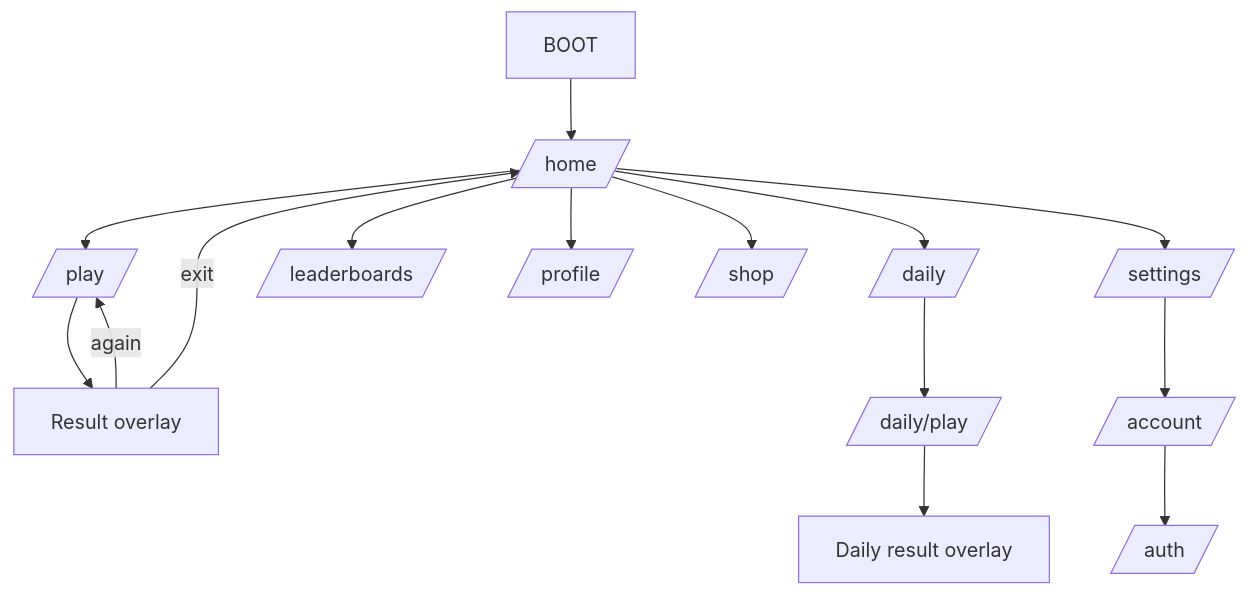
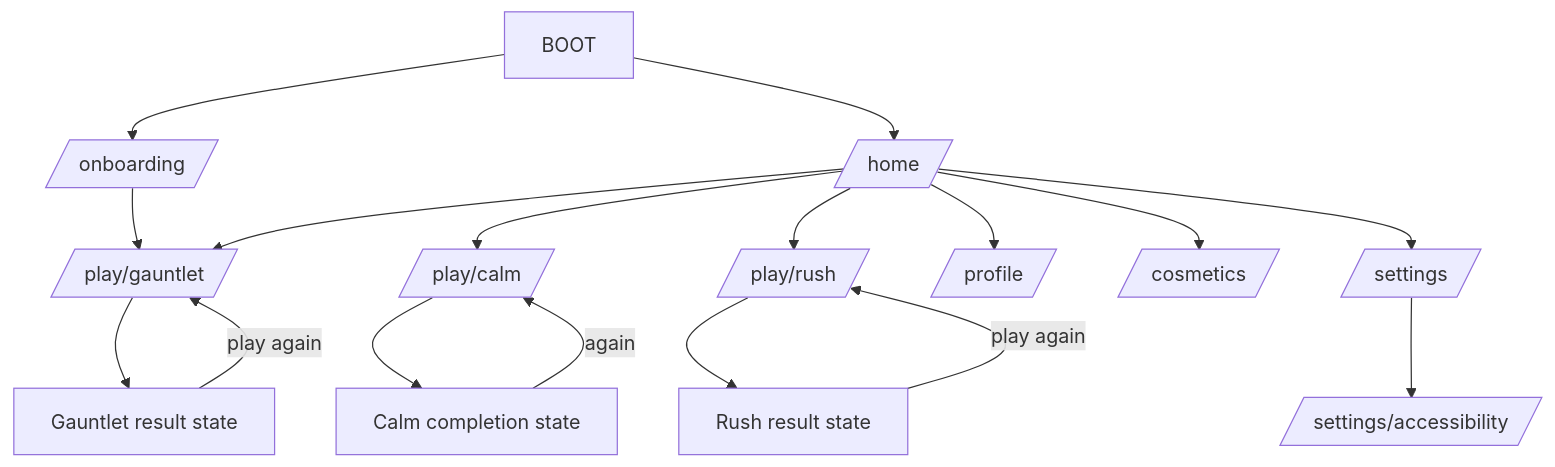
The diagram in planning/ui/navigation.md (andreipop-tarau/GameApp), drawn with Mermaid before and after one commit. The commit also changed other lines of this file and 26 other files, not shown here.

````diff
--- a/planning/ui/navigation.md
+++ b/planning/ui/navigation.md
@@ -5,17 +5,19 @@
 ```mermaid
 flowchart TD
+  BOOT --> ONBOARD[/onboarding/]
   BOOT --> HOME[/home/]
-  HOME --> PLAY[/play/]
-  PLAY --> RESULT[Result overlay]
-  RESULT -->|again| PLAY
-  RESULT -->|exit| HOME
-  HOME --> DAILY[/daily/]
-  DAILY --> DPLAY[/daily/play/]
-  DPLAY --> DRESULT[Daily result overlay]
-  HOME --> BOARD[/leaderboards/]
+  ONBOARD --> GAUNTLET[/play/gauntlet/]
+  HOME --> GAUNTLET
+  HOME --> CALM[/play/calm/]
+  HOME --> RUSH[/play/rush/]
+  GAUNTLET --> GRESULT[Gauntlet result state]
+  GRESULT -->|play again| GAUNTLET
+  CALM --> CRESULT[Calm completion state]
+  CRESULT -->|again| CALM
+  RUSH --> RRESULT[Rush result state]
+  RRESULT -->|play again| RUSH
   HOME --> PROFILE[/profile/]
-  HOME --> SHOP[/shop/]
+  HOME --> COSMETICS[/cosmetics/]
   HOME --> SETTINGS[/settings/]
-  SETTINGS --> ACCOUNT[/account/]
-  ACCOUNT --> AUTH[/auth/]
+  SETTINGS --> ACCESS[/settings/accessibility/]
 ```
````
